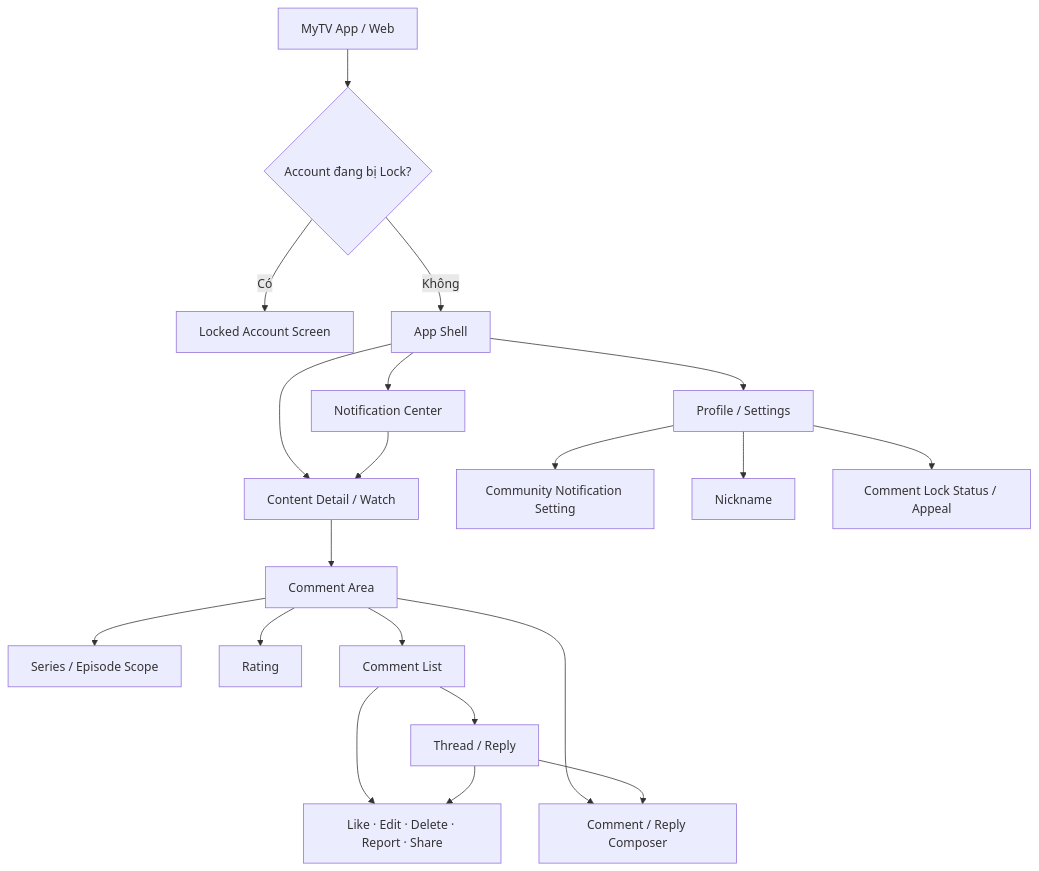
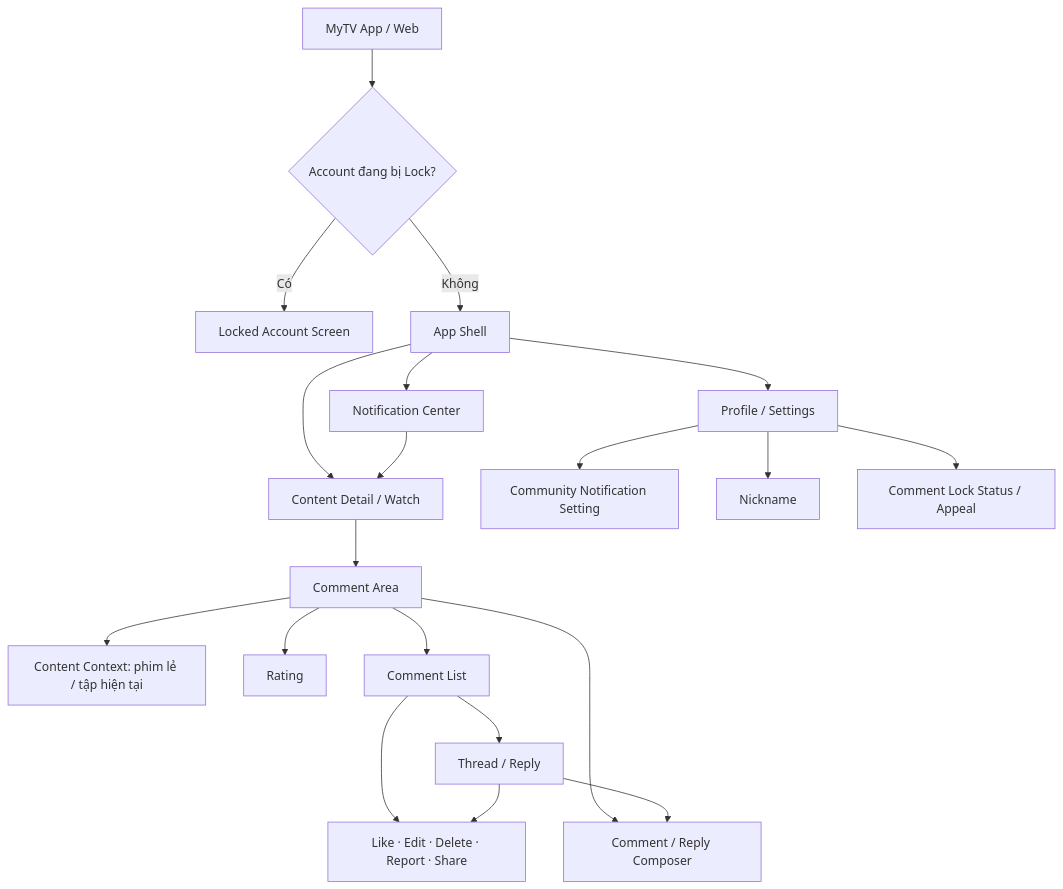
Before and after one commit to TanUIUX/MyTV-Comment: the first of 9 diagrams in UX_INFORMATION_ARCHITECTURE_SCREEN_MAP.md, drawn with Mermaid. The commit also changed other lines of this file and 15 other files, not shown here.

````diff
--- a/UX_INFORMATION_ARCHITECTURE_SCREEN_MAP.md
+++ b/UX_INFORMATION_ARCHITECTURE_SCREEN_MAP.md
@@ -94,46 +97,46 @@
 ```mermaid
 flowchart TD
     APP["MyTV App / Web"]
     LOCK{"Account đang bị Lock?"}
     LOCKED["Locked Account Screen"]
     SHELL["App Shell"]
 
     CONTENT["Content Detail / Watch"]
     COMMENT["Comment Area"]
     NOTI["Notification Center"]
     PROFILE["Profile / Settings"]
 
-    SCOPE["Series / Episode Scope"]
+    SCOPE["Content Context: phim lẻ / tập hiện tại"]
     RATING["Rating"]
     LIST["Comment List"]
     THREAD["Thread / Reply"]
     COMPOSER["Comment / Reply Composer"]
     ACTIONS["Like · Edit · Delete · Report · Share"]
 
     COMMUNITYSET["Community Notification Setting"]
     NICK["Nickname"]
     SANCTION["Comment Lock Status / Appeal"]
 
     APP --> LOCK
     LOCK -->|Có| LOCKED
     LOCK -->|Không| SHELL
     SHELL --> CONTENT
     SHELL --> NOTI
     SHELL --> PROFILE
 
     CONTENT --> COMMENT
     COMMENT --> SCOPE
     COMMENT --> RATING
     COMMENT --> LIST
     LIST --> THREAD
     LIST --> ACTIONS
     THREAD --> ACTIONS
     COMMENT --> COMPOSER
     THREAD --> COMPOSER
 
     PROFILE --> COMMUNITYSET
     PROFILE --> NICK
     PROFILE --> SANCTION
 
     NOTI --> CONTENT
 ```
````
